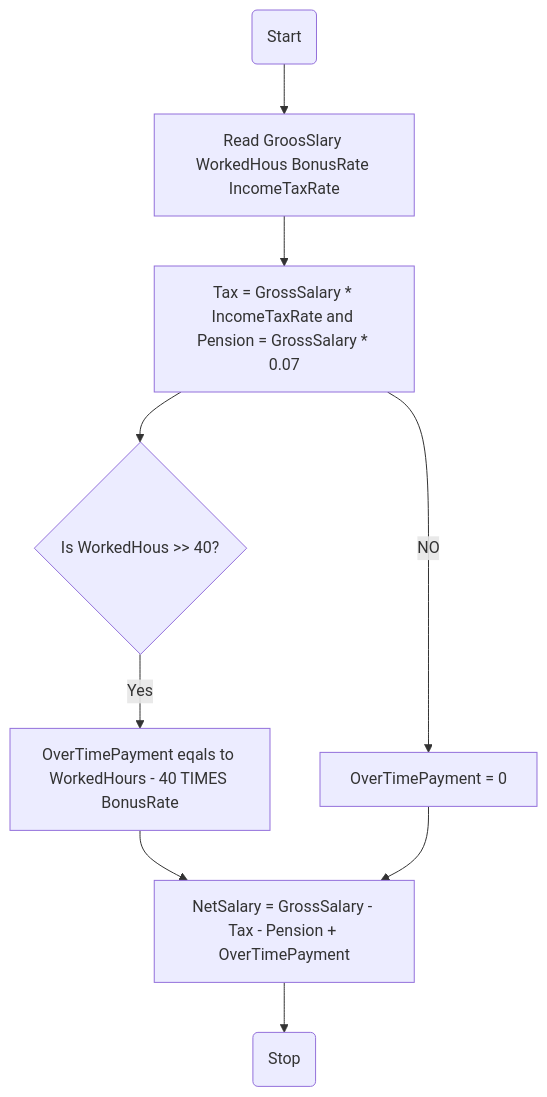
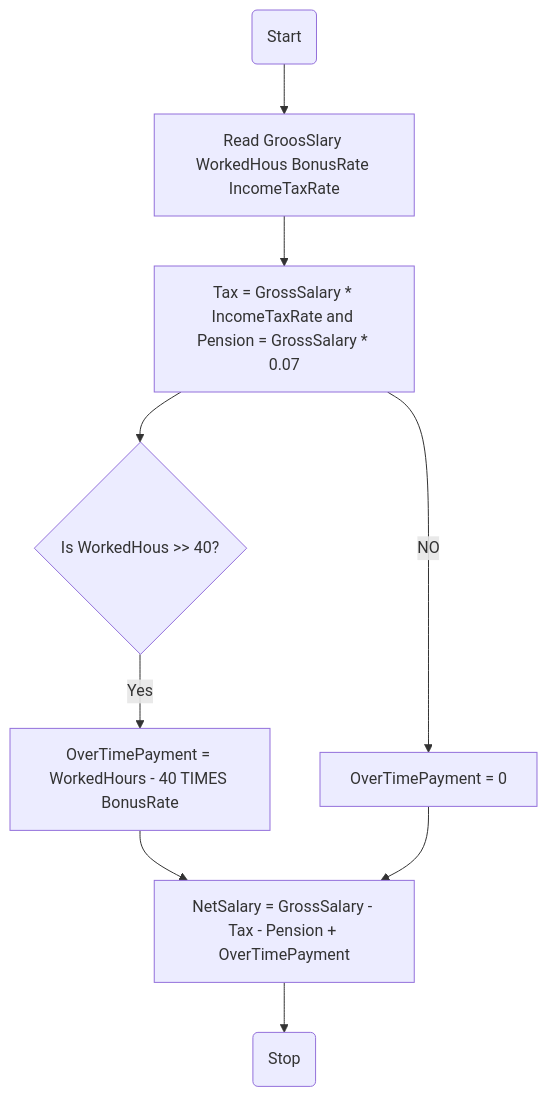
One commit to SWEG-2015EC-Batch/Code-Warrior changed the diagram in ETS1351_15_Yabets_Maregn/income_calculator/flowchart.md. Above: the diagram before and after it, drawn with Mermaid.

````diff
--- a/ETS1351_15_Yabets_Maregn/income_calculator/flowchart.md
+++ b/ETS1351_15_Yabets_Maregn/income_calculator/flowchart.md
@@ -1,11 +1,11 @@
 ```mermaid
 graph TD;
 A(Start) --> B[Read GroosSlary WorkedHous BonusRate IncomeTaxRate]
 B --> C[Tax = GrossSalary * IncomeTaxRate and Pension = GrossSalary * 0.07]
 C --> D{Is WorkedHous >> 40?}
-D -- Yes --> E[OverTimePayment eqals to WorkedHours - 40 TIMES BonusRate]
+D -- Yes --> E[OverTimePayment = WorkedHours - 40 TIMES BonusRate]
 E --> G[NetSalary = GrossSalary - Tax - Pension + OverTimePayment ]
 C -- NO --> F[OverTimePayment = 0]
 F --> G[NetSalary = GrossSalary - Tax - Pension + OverTimePayment ]
 G --> H(Stop)
 ```
````
